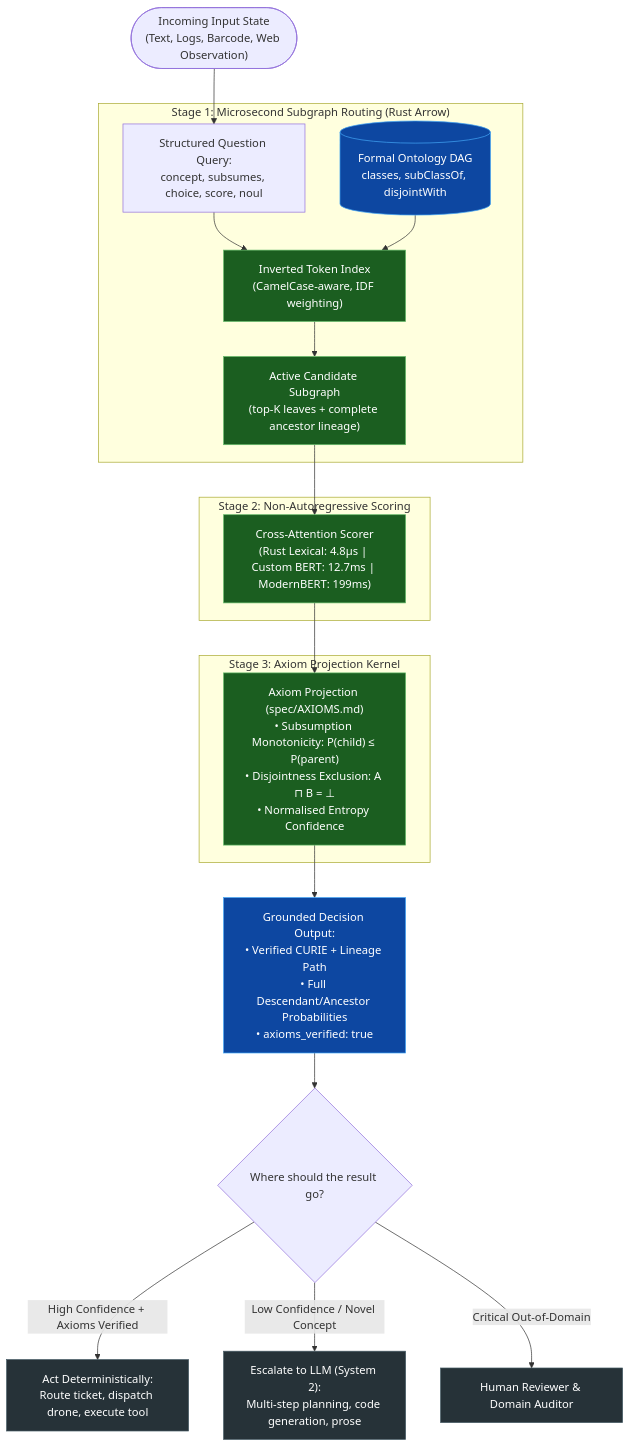
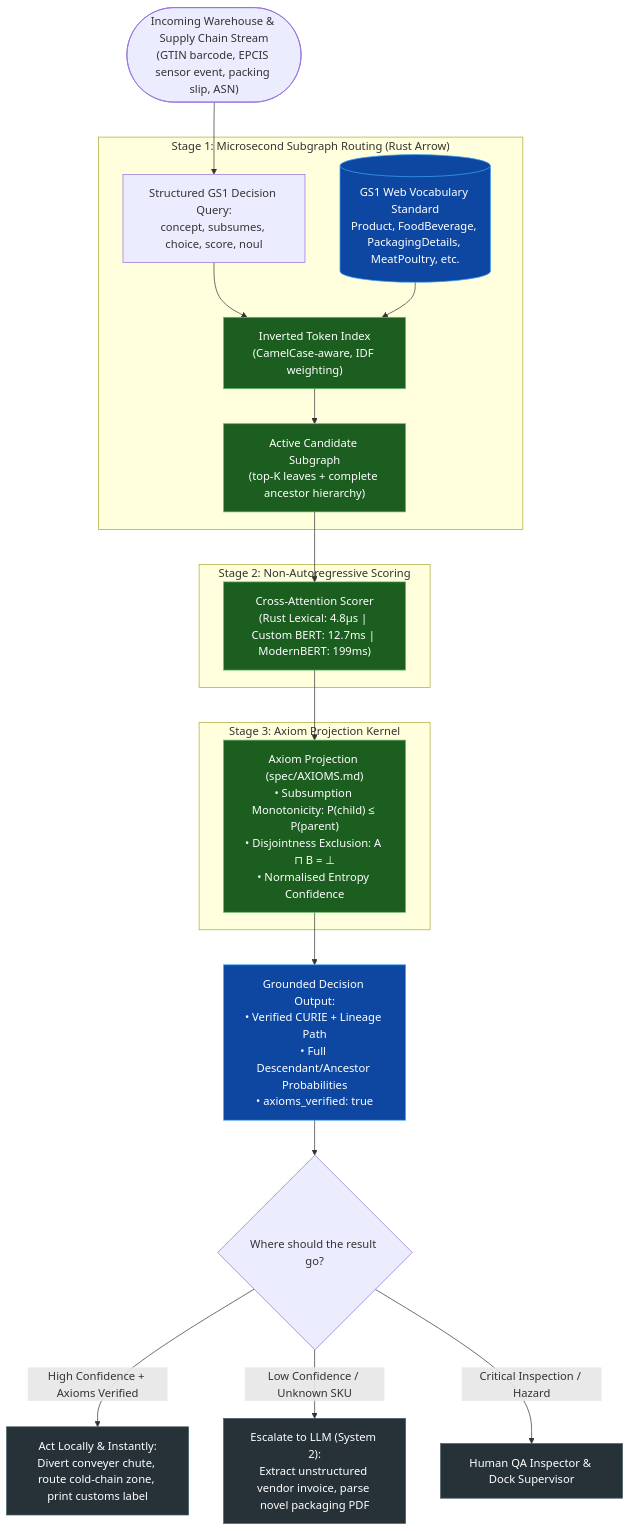
Before and after one commit to josaum/olaya: the diagram in docs/blog/what-o-laya-actually-is.md, drawn with Mermaid. The commit also changed other lines of this file and 1 other file, not shown here.

Commit message:
docs: ground article in GS1 supply chain, cross-docking, and warehouse automation

````diff
--- a/docs/blog/what-o-laya-actually-is.md
+++ b/docs/blog/what-o-laya-actually-is.md
@@ -13,32 +13,32 @@
 ```mermaid
 flowchart TD
-    Start(["Incoming Input State<br/>(Text, Logs, Barcode, Web Observation)"]) --> Input["Structured Question Query:<br/>concept, subsumes, choice, score, noul"]
+    Start(["Incoming Warehouse & Supply Chain Stream<br/>(GTIN barcode, EPCIS sensor event, packing slip, ASN)"]) --> Input["Structured GS1 Decision Query:<br/>concept, subsumes, choice, score, noul"]
     
     subgraph S1["Stage 1: Microsecond Subgraph Routing (Rust Arrow)"]
         Input --> Router["Inverted Token Index<br/>(CamelCase-aware, IDF weighting)"]
-        Onto[("Formal Ontology DAG<br/>classes, subClassOf, disjointWith")] --> Router
-        Router --> Sub["Active Candidate Subgraph<br/>(top-K leaves + complete ancestor lineage)"]
+        Onto[("GS1 Web Vocabulary Standard<br/>Product, FoodBeverage, PackagingDetails, MeatPoultry, etc.")] --> Router
+        Router --> Sub["Active Candidate Subgraph<br/>(top-K leaves + complete ancestor hierarchy)"]
     end
     
     subgraph S2["Stage 2: Non-Autoregressive Scoring"]
         Sub --> Scorer["Cross-Attention Scorer<br/>(Rust Lexical: 4.8µs | Custom BERT: 12.7ms | ModernBERT: 199ms)"]
     end
     
     subgraph S3["Stage 3: Axiom Projection Kernel"]
         Scorer --> Proj["Axiom Projection (spec/AXIOMS.md)<br/>• Subsumption Monotonicity: P(child) ≤ P(parent)<br/>• Disjointness Exclusion: A ⊓ B = ⊥<br/>• Normalised Entropy Confidence"]
     end
     
     Proj --> Out["Grounded Decision Output:<br/>• Verified CURIE + Lineage Path<br/>• Full Descendant/Ancestor Probabilities<br/>• axioms_verified: true"]
     
     Out --> Decision{"Where should the result go?"}
-    Decision -->|"High Confidence + Axioms Verified"| AutoAct["Act Deterministically:<br/>Route ticket, dispatch drone, execute tool"]
-    Decision -->|"Low Confidence / Novel Concept"| EscalateLLM["Escalate to LLM (System 2):<br/>Multi-step planning, code generation, prose"]
-    Decision -->|"Critical Out-of-Domain"| HumanReview["Human Reviewer & Domain Auditor"]
+    Decision -->|"High Confidence + Axioms Verified"| AutoAct["Act Locally & Instantly:<br/>Divert conveyer chute, route cold-chain zone, print customs label"]
+    Decision -->|"Low Confidence / Unknown SKU"| EscalateLLM["Escalate to LLM (System 2):<br/>Extract unstructured vendor invoice, parse novel packaging PDF"]
+    Decision -->|"Critical Inspection / Hazard"| HumanReview["Human QA Inspector & Dock Supervisor"]
     
     classDef olaya fill:#1b5e20,stroke:#66bb6a,color:#ffffff
     classDef kernel fill:#0d47a1,stroke:#42a5f5,color:#ffffff
     classDef action fill:#263238,stroke:#455a64,color:#ffffff
     class Router,Sub,Scorer,Proj olaya
     class Onto,Out kernel
     class AutoAct,EscalateLLM,HumanReview action
 ```
````
